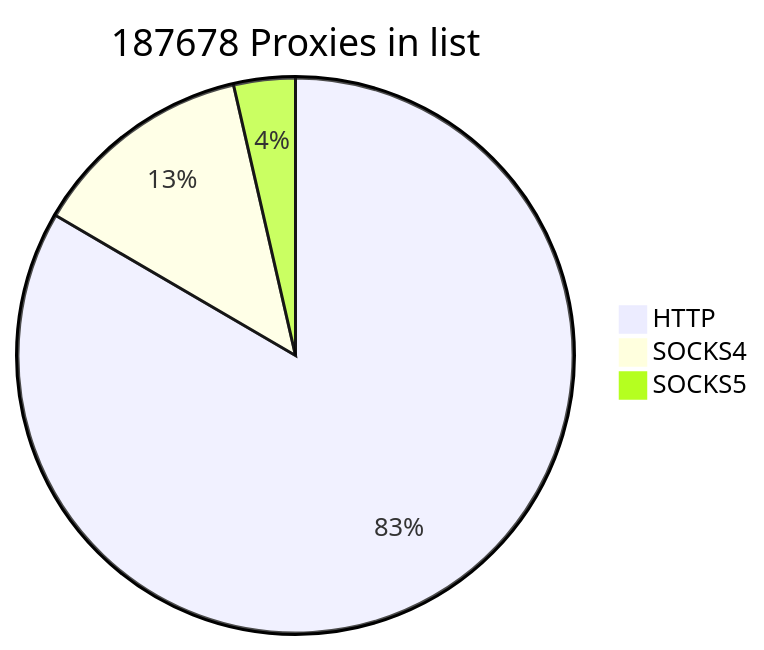
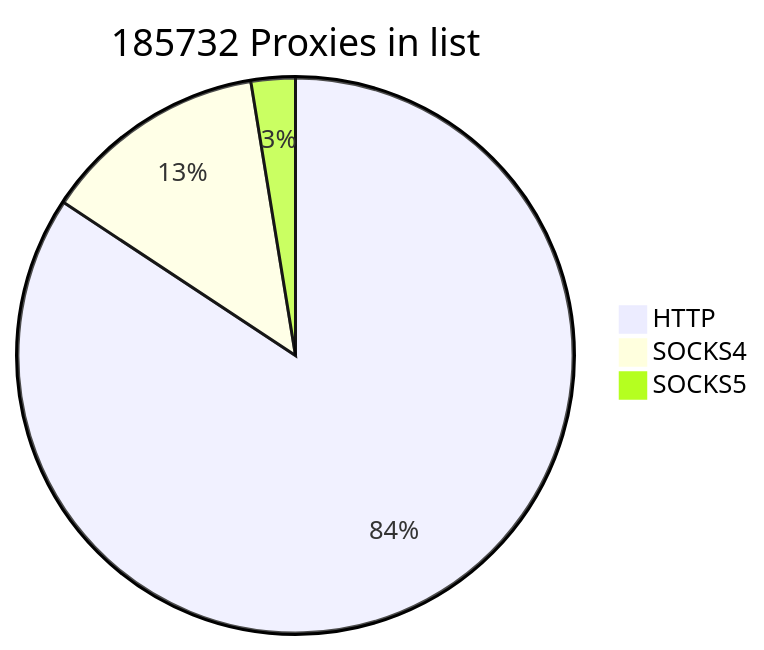
One commit to cutipu/proxylist changed the first of 2 diagrams in README.md. Above: the diagram before and after it, drawn with Mermaid. The commit also changed other lines of this file, not shown here.

````diff
--- a/README.md
+++ b/README.md
@@ -2,7 +2,7 @@
 ```mermaid
-pie title 187678 Proxies in list
+pie title 185732 Proxies in list
     "HTTP" : 156548
     "SOCKS4" : 24405
-    "SOCKS5" : 6725
+    "SOCKS5" : 4779
             
 ```
````
